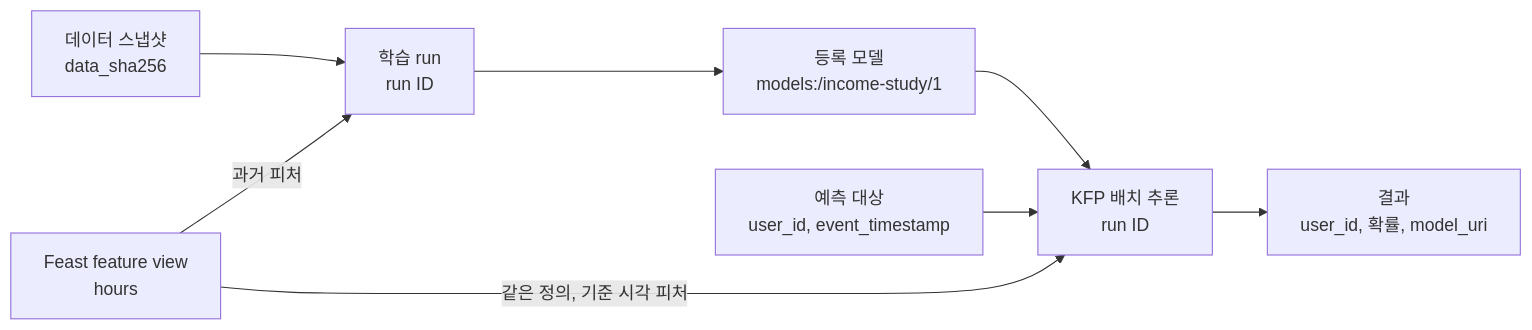
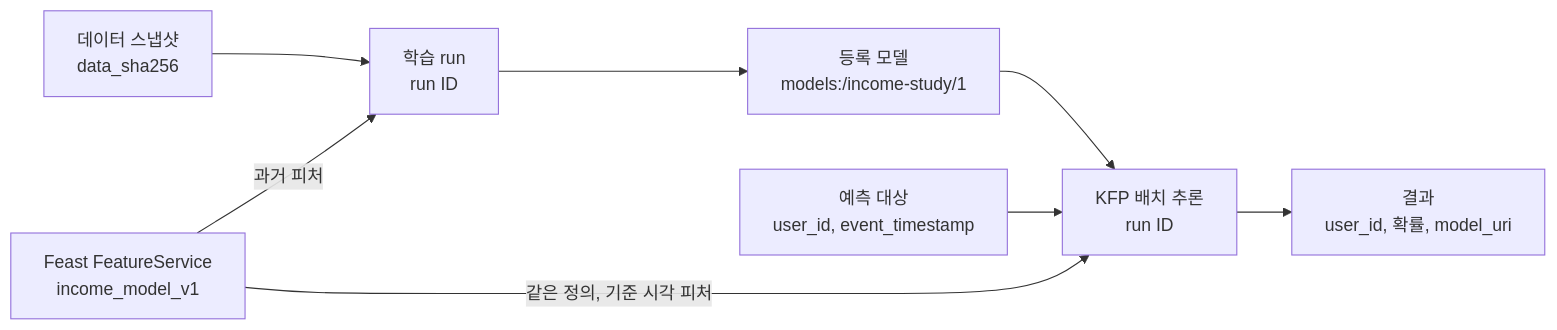
Before and after one commit to johklo/johklo.github.io: the fifth of 5 diagrams in content/docs/tech/machine-learning-platform-engineering/04-experiments-features-pipelines.md, drawn with Mermaid. The commit also changed other lines of this file and 144 other files, not shown here.

````diff
--- a/content/docs/tech/machine-learning-platform-engineering/04-experiments-features-pipelines.md
+++ b/content/docs/tech/machine-learning-platform-engineering/04-experiments-features-pipelines.md
@@ -195,12 +223,12 @@
 ```mermaid
 flowchart LR
     accTitle: 학습과 추론이 공유하는 계약
     accDescr: 데이터 스냅샷과 Feast 정의로 학습하고 등록한 구체 모델 버전을, 같은 Feast 정의와 예측 기준 시각으로 배치 추론에 사용합니다. 결과에는 사용자와 모델 버전이 남습니다.
     D["데이터 스냅샷<br/>data_sha256"] --> T["학습 run<br/>run ID"]
-    FV["Feast feature view<br/>hours"] -->|"과거 피처"| T
+    FV["Feast FeatureService<br/>income_model_v1"] -->|"과거 피처"| T
     T --> R["등록 모델<br/>models:/income-study/1"]
     FV -->|"같은 정의, 기준 시각 피처"| B["KFP 배치 추론<br/>run ID"]
     R --> B
     E["예측 대상<br/>user_id, event_timestamp"] --> B
     B --> O["결과<br/>user_id, 확률, model_uri"]
 ```
````
